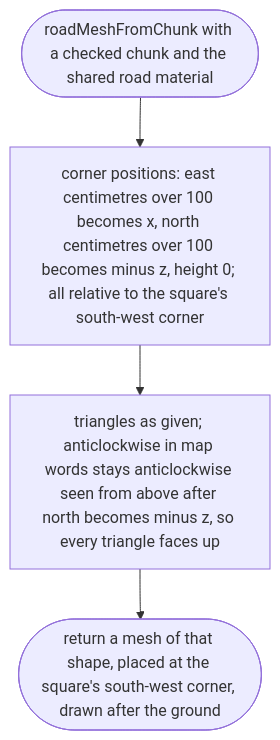
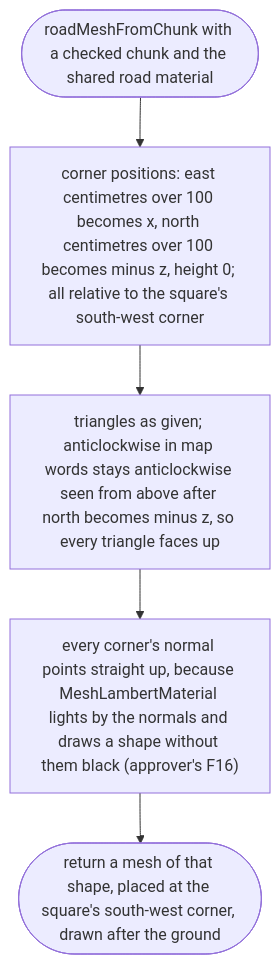
The fifth of 8 diagrams in docs/designs/src/game/scene.md (NewDara-Star/world-engine), drawn with Mermaid before and after one commit. The commit also changed other lines of this file and 41 other files, not shown here.

````diff
--- a/docs/designs/src/game/scene.md
+++ b/docs/designs/src/game/scene.md
@@ -62,8 +75,9 @@
 ```mermaid
 flowchart TD
   s(["roadMeshFromChunk with a checked chunk and the shared road material"])
   a["corner positions: east centimetres over 100 becomes x, north centimetres over 100 becomes minus z, height 0; all relative to the square's south-west corner"]
   b["triangles as given; anticlockwise in map words stays anticlockwise seen from above after north becomes minus z, so every triangle faces up"]
+  n["every corner's normal points straight up, because MeshLambertMaterial lights by the normals and draws a shape without them black (approver's F16)"]
   c(["return a mesh of that shape, placed at the square's south-west corner, drawn after the ground"])
-  s --> a --> b --> c
+  s --> a --> b --> n --> c
 ```
````
